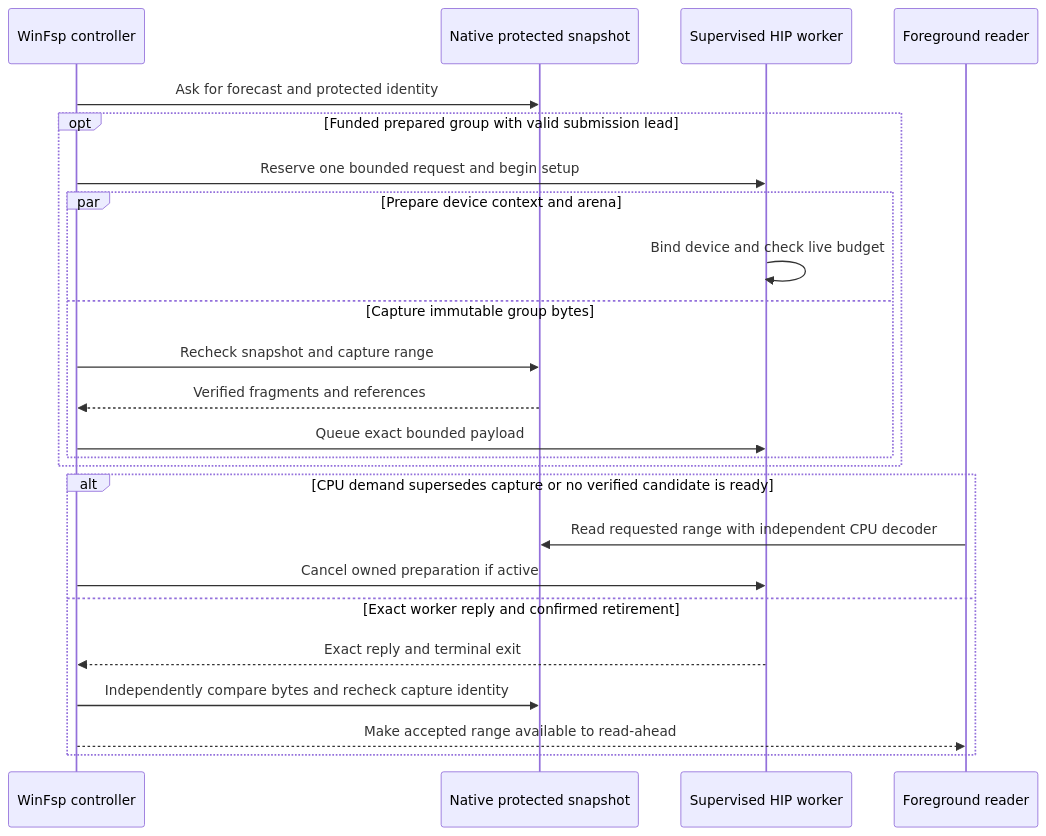
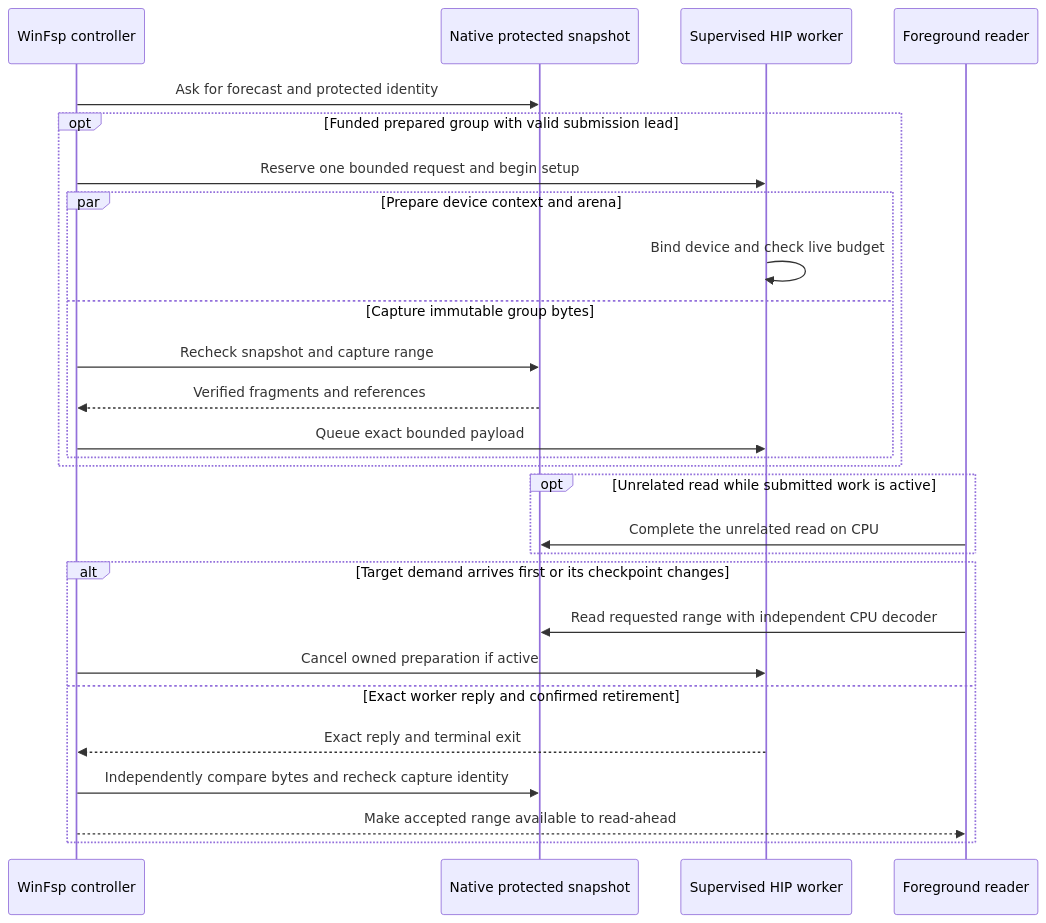
One commit to strmt7/FlitzFS changed diagram 14 of 15 in docs/architecture/CURRENT.md. Above: the diagram before and after it, drawn with Mermaid. The commit also changed other lines of this file and 11 other files, not shown here.

Commit message:
Keep submitted native read-ahead across unrelated Windows I/O

````diff
--- a/docs/architecture/CURRENT.md
+++ b/docs/architecture/CURRENT.md
@@ -497,26 +499,29 @@
 ```mermaid
 sequenceDiagram
     participant C as WinFsp controller
     participant S as Native protected snapshot
     participant W as Supervised HIP worker
     participant R as Foreground reader
     C->>S: Ask for forecast and protected identity
     opt Funded prepared group with valid submission lead
         C->>W: Reserve one bounded request and begin setup
         par Prepare device context and arena
             W->>W: Bind device and check live budget
         and Capture immutable group bytes
             C->>S: Recheck snapshot and capture range
             S-->>C: Verified fragments and references
             C->>W: Queue exact bounded payload
         end
     end
-    alt CPU demand supersedes capture or no verified candidate is ready
+    opt Unrelated read while submitted work is active
+        R->>S: Complete the unrelated read on CPU
+    end
+    alt Target demand arrives first or its checkpoint changes
         R->>S: Read requested range with independent CPU decoder
         C->>W: Cancel owned preparation if active
     else Exact worker reply and confirmed retirement
         W-->>C: Exact reply and terminal exit
         C->>S: Independently compare bytes and recheck capture identity
         C-->>R: Make accepted range available to read-ahead
     end
 ```
````
